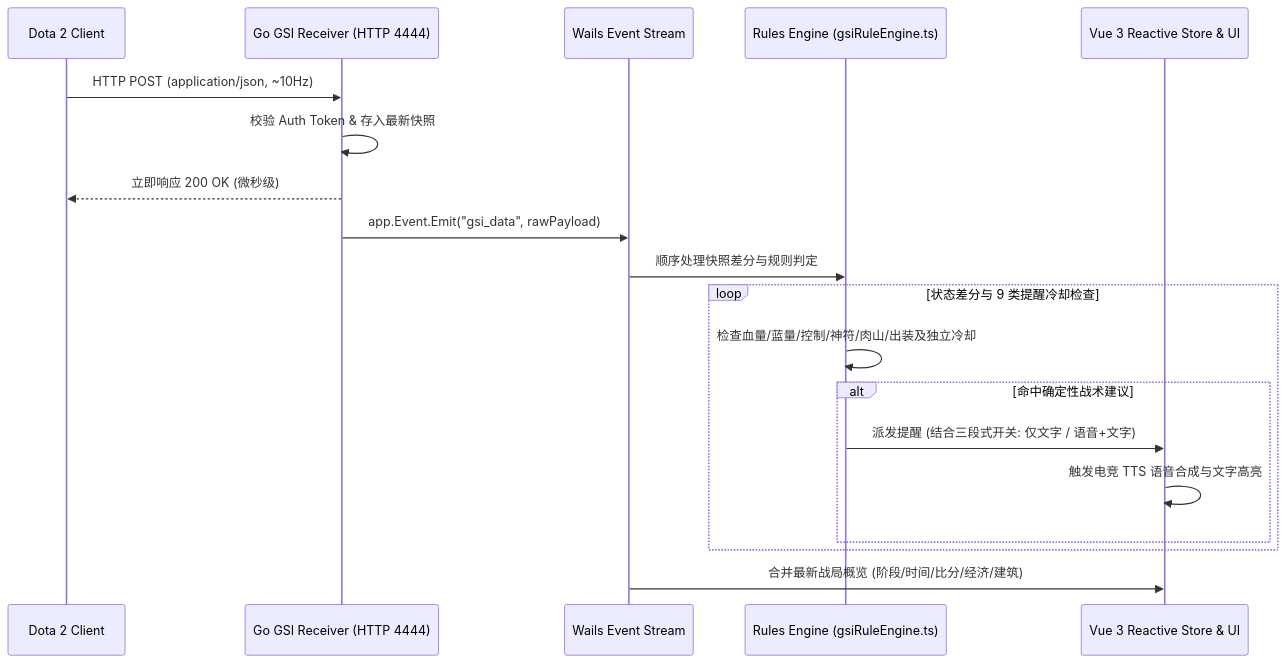
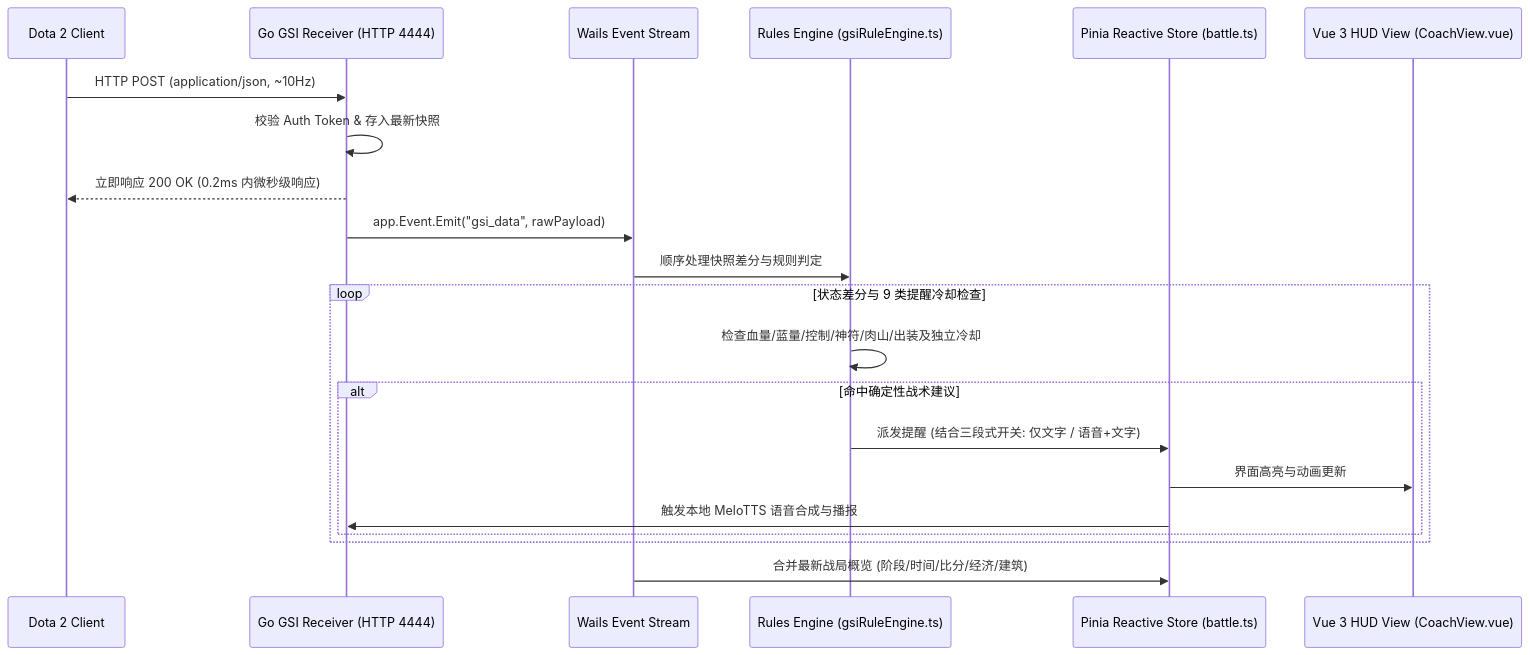
The first of 4 diagrams in docs/SUBSYSTEM_RUNTIMES.md (filusilia/tiny-coach), drawn with Mermaid before and after one commit. The commit also changed other lines of this file and 284 other files, not shown here.

````diff
--- a/docs/SUBSYSTEM_RUNTIMES.md
+++ b/docs/SUBSYSTEM_RUNTIMES.md
@@ -11,22 +11,24 @@
 ```mermaid
 sequenceDiagram
     participant Dota as Dota 2 Client
     participant GoHTTP as Go GSI Receiver (HTTP 4444)
     participant Wails as Wails Event Stream
     participant Engine as Rules Engine (gsiRuleEngine.ts)
-    participant Store as Vue 3 Reactive Store & UI
+    participant Store as Pinia Reactive Store (battle.ts)
+    participant UI as Vue 3 HUD View (CoachView.vue)
 
     Dota->>GoHTTP: HTTP POST (application/json, ~10Hz)
     GoHTTP->>GoHTTP: 校验 Auth Token & 存入最新快照
-    GoHTTP-->>Dota: 立即响应 200 OK (微秒级)
+    GoHTTP-->>Dota: 立即响应 200 OK (0.2ms 内微秒级响应)
     GoHTTP->>Wails: app.Event.Emit("gsi_data", rawPayload)
     Wails->>Engine: 顺序处理快照差分与规则判定
     loop 状态差分与 9 类提醒冷却检查
         Engine->>Engine: 检查血量/蓝量/控制/神符/肉山/出装及独立冷却
         alt 命中确定性战术建议
             Engine->>Store: 派发提醒 (结合三段式开关: 仅文字 / 语音+文字)
-            Store->>Store: 触发电竞 TTS 语音合成与文字高亮
+            Store->>UI: 界面高亮与动画更新
+            Store->>GoHTTP: 触发本地 MeloTTS 语音合成与播报
         end
     end
     Wails->>Store: 合并最新战局概览 (阶段/时间/比分/经济/建筑)
 ```
````
